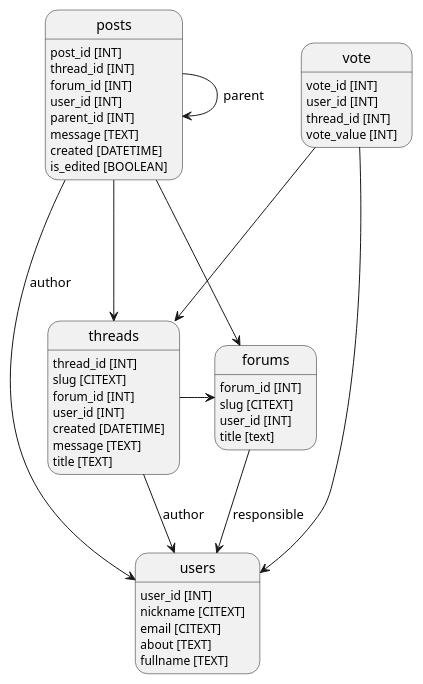
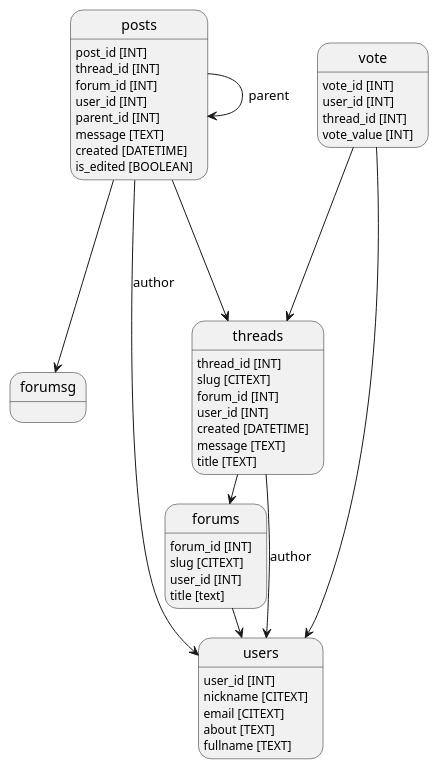
One commit to pitikdmitry/db_forum changed the diagram in database/postgres/schemas/schema.puml. Above: the diagram before and after it, drawn with PlantUML. The commit also changed 39 other files, not shown here.

```diff
--- a/database/postgres/schemas/schema.puml
+++ b/database/postgres/schemas/schema.puml
@@ -1,45 +1,45 @@
 @startuml
 
 posts: post_id [INT]
 posts: thread_id [INT]
 posts: forum_id [INT]
 posts: user_id [INT]
 posts: parent_id [INT]
 posts: message [TEXT]
 posts: created [DATETIME]
 posts: is_edited [BOOLEAN]
-posts ---> forums
+posts ---> forumsg
 posts ---> users : author
 posts ---> threads
 posts -> posts: parent
 
 vote: vote_id [INT]
 vote: user_id [INT]
 vote: thread_id [INT]
 vote: vote_value [INT]
 vote ---> users
 vote ---> threads
 
 users: user_id [INT]
 users: nickname [CITEXT]
 users: email [CITEXT]
 users: about [TEXT]
 users: fullname [TEXT]
 
 forums: forum_id [INT]
 forums: slug [CITEXT]
 forums: user_id [INT]
 forums: title [text]
 forums -> users: responsible
 
 threads: thread_id [INT]
 threads: slug [CITEXT]
 threads: forum_id [INT]
 threads: user_id [INT]
 threads: created [DATETIME]
 threads: message [TEXT]
 threads: title [TEXT]
 threads -> forums
 threads --> users : author
 
 @enduml
```
